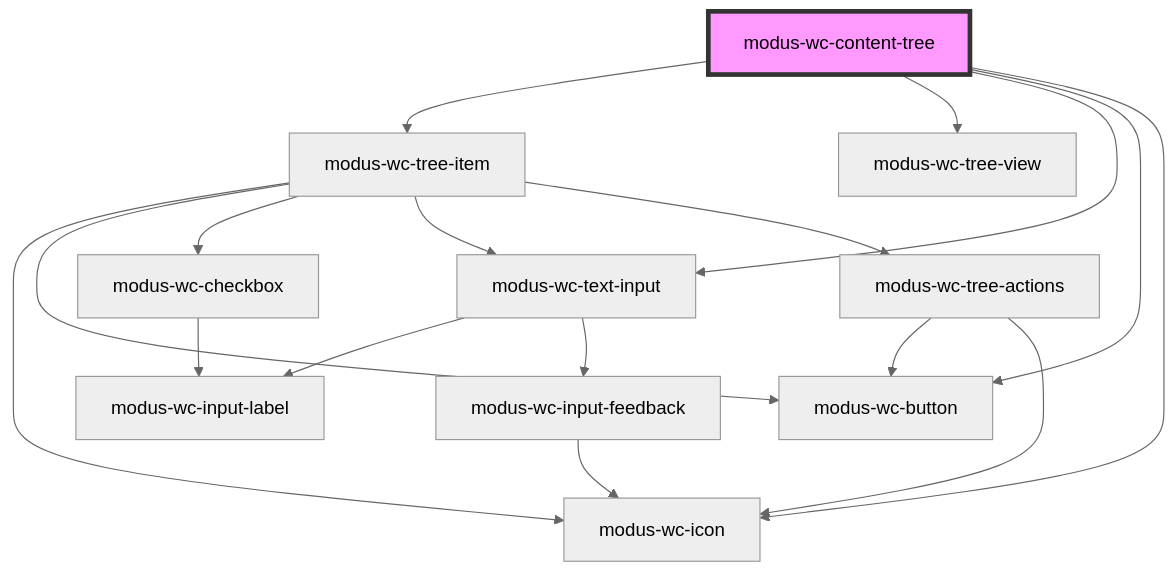
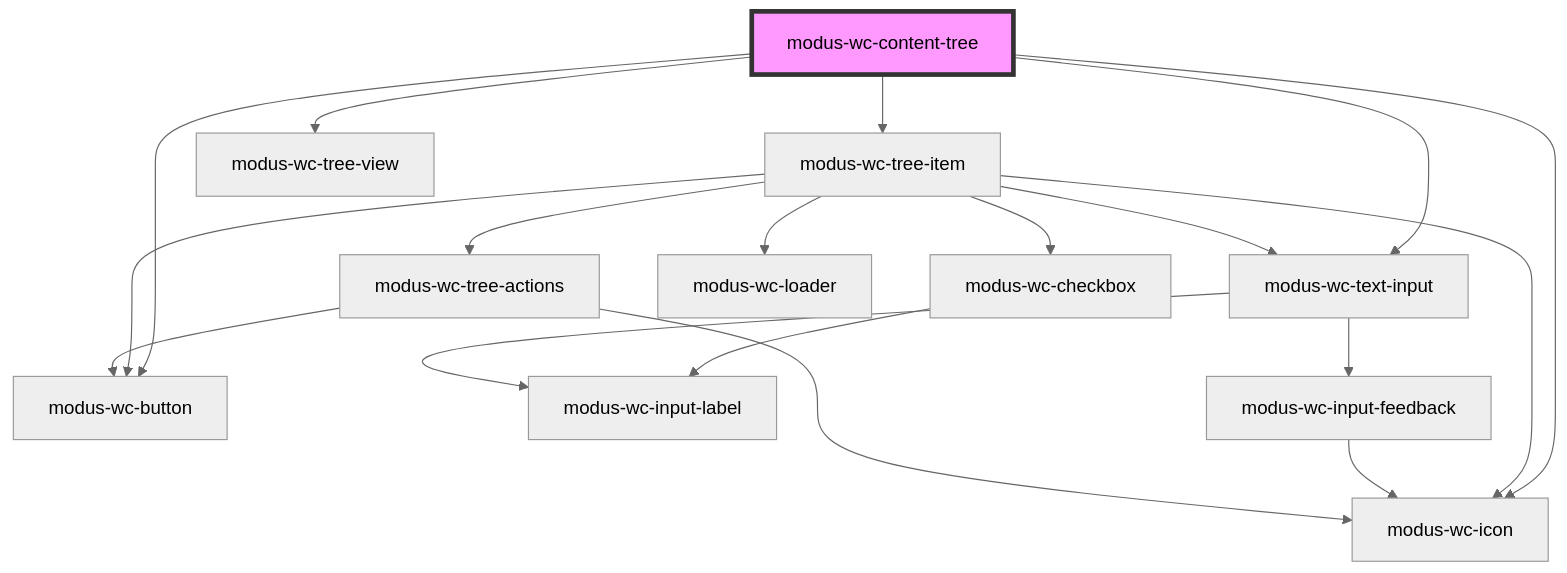
The diagram in src/components/modus-wc-content-tree/readme.md (trimble-oss/modus-wc-2.0), drawn with Mermaid (neutral theme) before and after one commit. The commit also changed 10 other files, not shown here.

````diff
--- a/src/components/modus-wc-content-tree/readme.md
+++ b/src/components/modus-wc-content-tree/readme.md
@@ -42,20 +42,21 @@
 ```mermaid
 graph TD;
   modus-wc-content-tree --> modus-wc-tree-item
   modus-wc-content-tree --> modus-wc-tree-view
   modus-wc-content-tree --> modus-wc-text-input
   modus-wc-content-tree --> modus-wc-button
   modus-wc-content-tree --> modus-wc-icon
   modus-wc-tree-item --> modus-wc-icon
   modus-wc-tree-item --> modus-wc-button
   modus-wc-tree-item --> modus-wc-checkbox
   modus-wc-tree-item --> modus-wc-text-input
   modus-wc-tree-item --> modus-wc-tree-actions
+  modus-wc-tree-item --> modus-wc-loader
   modus-wc-checkbox --> modus-wc-input-label
   modus-wc-text-input --> modus-wc-input-label
   modus-wc-text-input --> modus-wc-input-feedback
   modus-wc-input-feedback --> modus-wc-icon
   modus-wc-tree-actions --> modus-wc-button
   modus-wc-tree-actions --> modus-wc-icon
   style modus-wc-content-tree fill:#f9f,stroke:#333,stroke-width:4px
 ```
````
